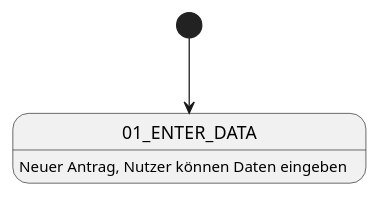
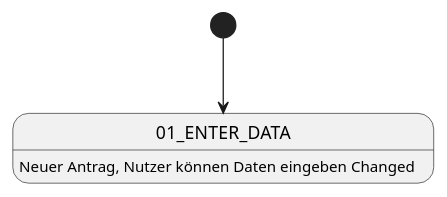
The diagram in README.puml (marcofenske-vi/puml-test), drawn with PlantUML before and after one commit.

```diff
--- a/README.puml
+++ b/README.puml
@@ -1,6 +1,6 @@
 @startuml C4_Elements
 
 [*] --> 01_ENTER_DATA
 
-01_ENTER_DATA: Neuer Antrag, Nutzer können Daten eingeben
+01_ENTER_DATA: Neuer Antrag, Nutzer können Daten eingeben Changed
 @enduml
```
